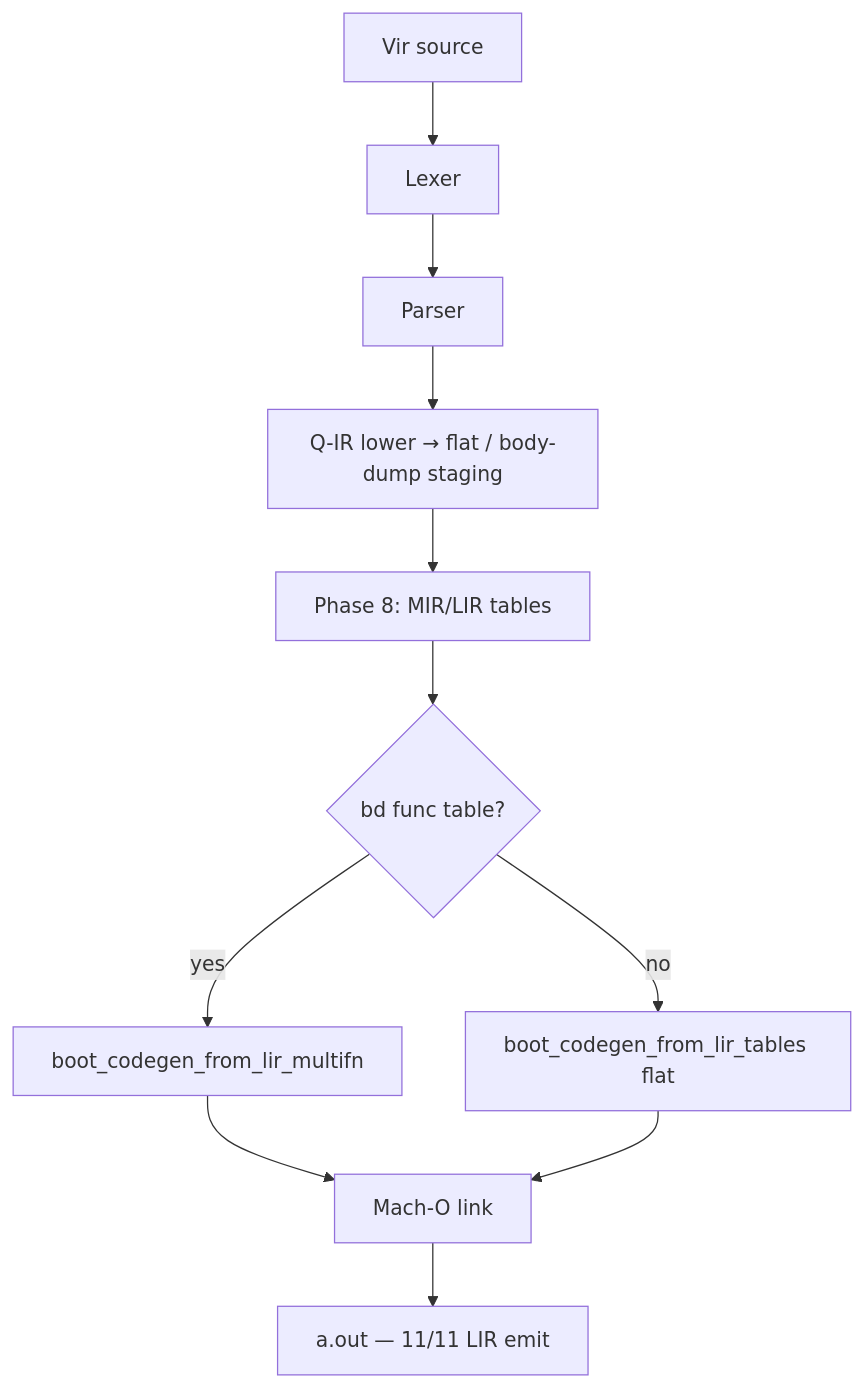
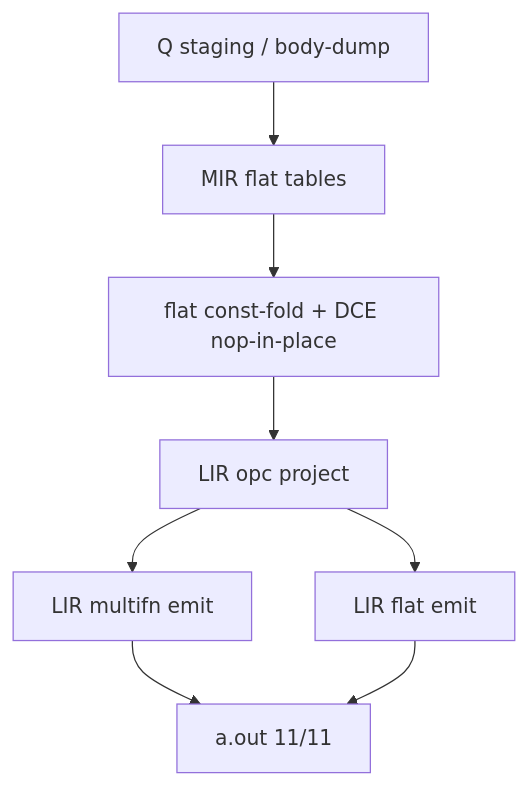
Before and after one commit to virgori/Vir-lang: the diagram in MUST_READ_CONTEXT/CURRENT_STATUS_2026_07_25.md, drawn with Mermaid. The commit also changed other lines of this file and 1 other file, not shown here.

First line of the commit message:
feat(bootstrap): flat MIR const-fold and DCE before LIR emit

````diff
--- a/MUST_READ_CONTEXT/CURRENT_STATUS_2026_07_25.md
+++ b/MUST_READ_CONTEXT/CURRENT_STATUS_2026_07_25.md
@@ -10,13 +10,10 @@
 ```mermaid
 graph TD
-    SRC[Vir source] --> LEX[Lexer]
-    LEX --> PAR[Parser]
-    PAR --> QIR[Q-IR lower → flat / body-dump staging]
-    QIR --> P8[Phase 8: MIR/LIR tables]
-    P8 --> CHOICE{bd func table?}
-    CHOICE -->|yes| MF[boot_codegen_from_lir_multifn]
-    CHOICE -->|no| FLAT[boot_codegen_from_lir_tables flat]
-    MF --> LINK[Mach-O link]
-    FLAT --> LINK
-    LINK --> BIN[a.out — 11/11 LIR emit]
+    QIR[Q staging / body-dump] --> MIR[MIR flat tables]
+    MIR --> OPT[flat const-fold + DCE nop-in-place]
+    OPT --> LIR[LIR opc project]
+    LIR --> MF[LIR multifn emit]
+    LIR --> FLAT[LIR flat emit]
+    MF --> BIN[a.out 11/11]
+    FLAT --> BIN
 ```
````
